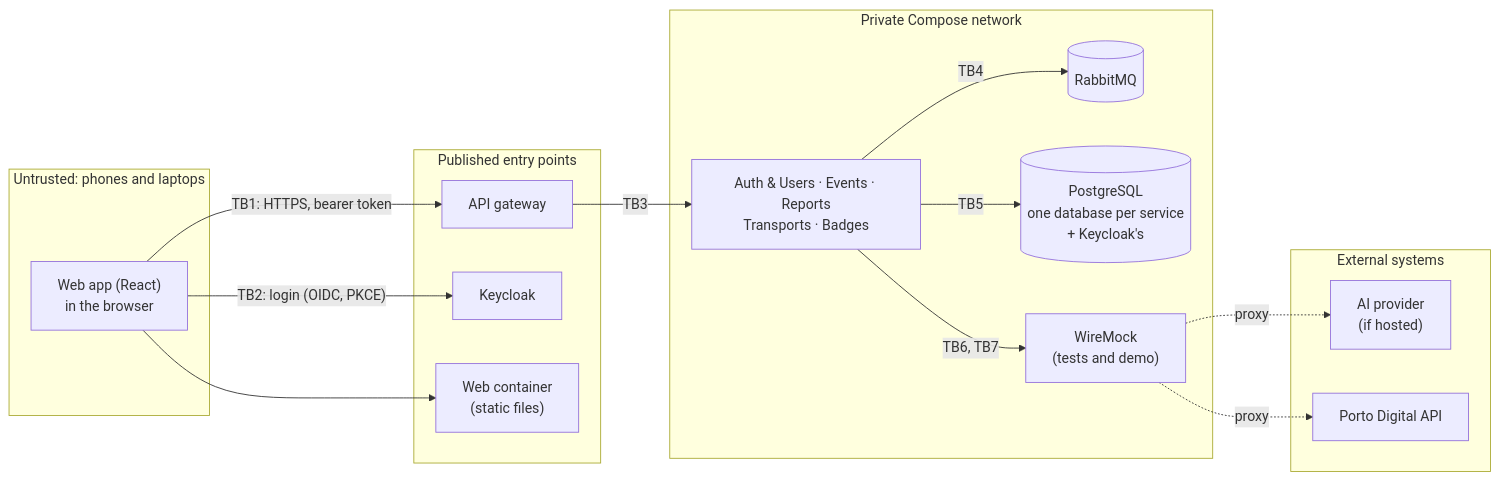
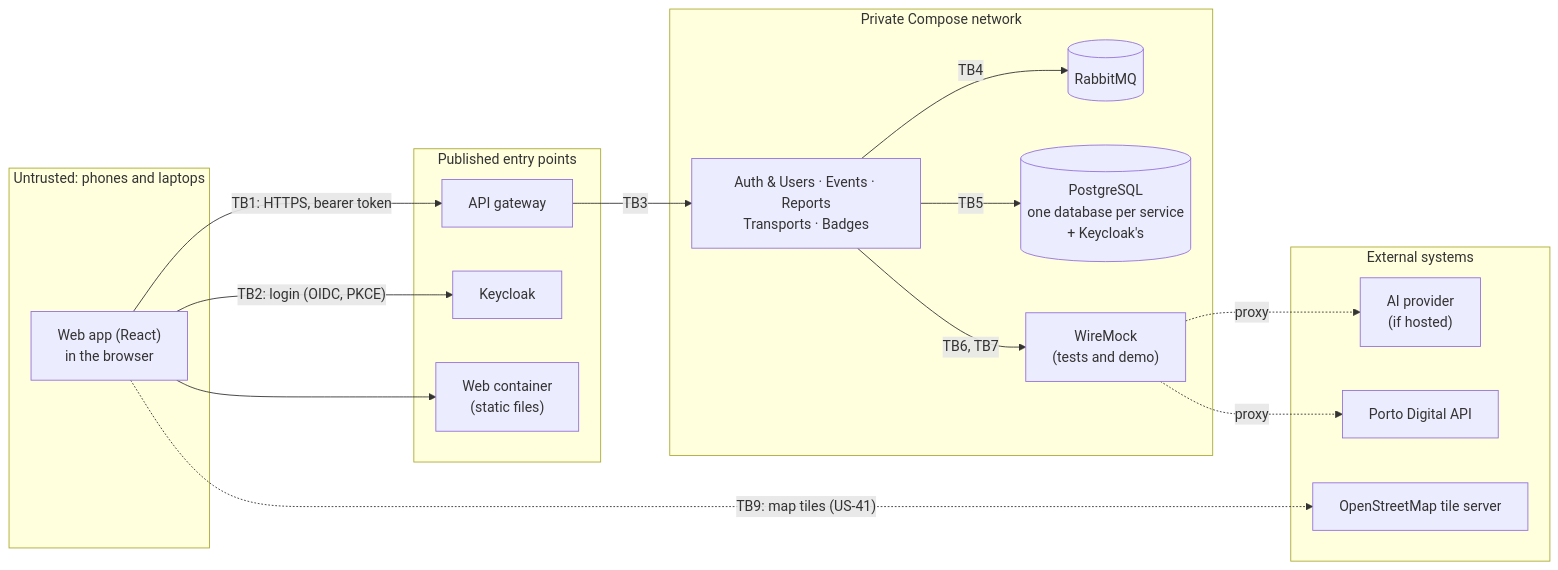
The diagram in Docs/Technical/security-and-privacy-assessment.md (tomasoliveira21/LABDSOF), drawn with Mermaid before and after one commit. The commit also changed other lines of this file and 53 other files, not shown here.

````diff
--- a/Docs/Technical/security-and-privacy-assessment.md
+++ b/Docs/Technical/security-and-privacy-assessment.md
@@ -28,29 +28,31 @@
 ```mermaid
 flowchart LR
     subgraph Z0["Untrusted: phones and laptops"]
         WEB["Web app (React)<br/>in the browser"]
     end
     subgraph Z1["Published entry points"]
         GW["API gateway"]
         KC["Keycloak"]
         WS["Web container<br/>(static files)"]
     end
     subgraph Z2["Private Compose network"]
         SVC["Auth & Users · Events · Reports<br/>Transports · Badges"]
         MQ[("RabbitMQ")]
         DB[("PostgreSQL<br/>one database per service<br/>+ Keycloak's")]
         WM["WireMock<br/>(tests and demo)"]
     end
     subgraph Z3["External systems"]
         AI["AI provider<br/>(if hosted)"]
         PD["Porto Digital API"]
+        OSM["OpenStreetMap tile server"]
     end
     WEB -- "TB1: HTTPS, bearer token" --> GW
     WEB -- "TB2: login (OIDC, PKCE)" --> KC
     WEB --> WS
+    WEB -. "TB9: map tiles (US-41)" .-> OSM
     GW -- "TB3" --> SVC
     SVC -- "TB4" --> MQ
     SVC -- "TB5" --> DB
     SVC -- "TB6, TB7" --> WM
     WM -. "proxy" .-> AI & PD
 ```
````
